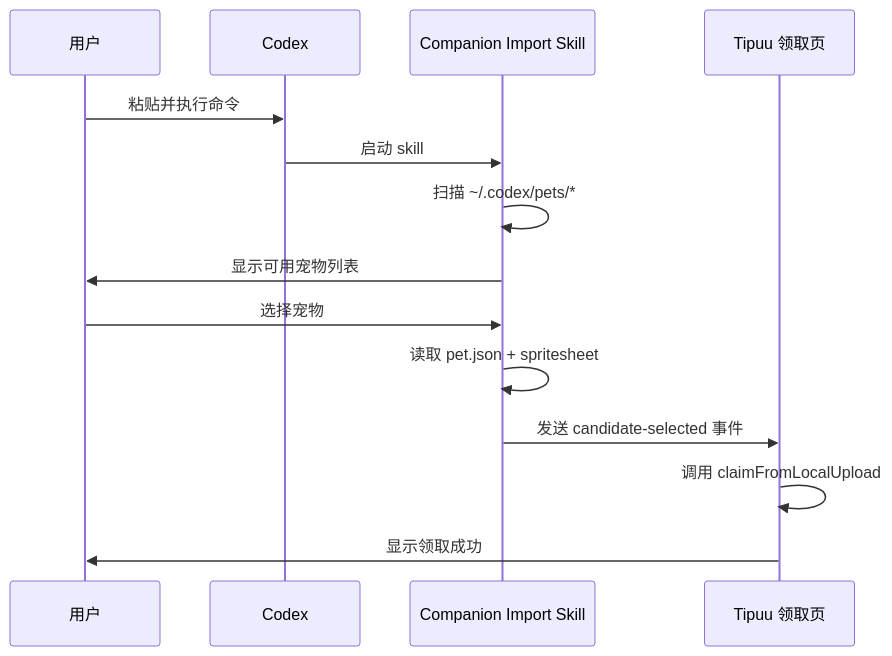
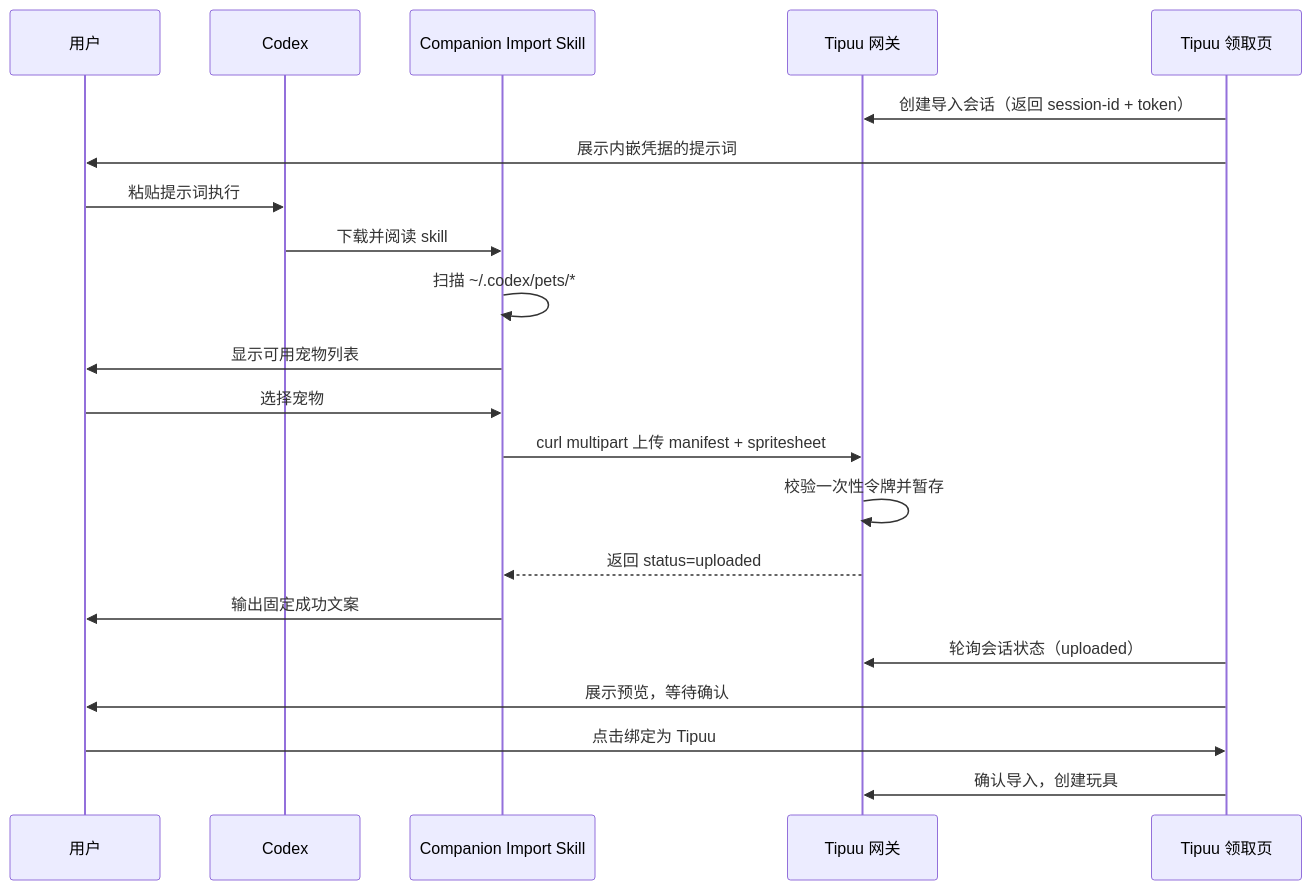
Before and after one commit to Tipuu-AI/tipuu-hub: the diagram in skills/companion-import/examples/basic-usage.md, drawn with Mermaid. The commit also changed other lines of this file and 3 other files, not shown here.

First line of the commit message:
feat(companion-import): upload-based staging flow, remove fake CLI command

````diff
--- a/skills/companion-import/examples/basic-usage.md
+++ b/skills/companion-import/examples/basic-usage.md
@@ -46,17 +51,24 @@
 ```mermaid
 sequenceDiagram
     participant U as 用户
     participant C as Codex
     participant S as Companion Import Skill
+    participant G as Tipuu 网关
     participant P as Tipuu 领取页
 
-    U->>C: 粘贴并执行命令
-    C->>S: 启动 skill
+    P->>G: 创建导入会话（返回 session-id + token）
+    P->>U: 展示内嵌凭据的提示词
+    U->>C: 粘贴提示词执行
+    C->>S: 下载并阅读 skill
     S->>S: 扫描 ~/.codex/pets/*
     S->>U: 显示可用宠物列表
     U->>S: 选择宠物
-    S->>S: 读取 pet.json + spritesheet
-    S->>P: 发送 candidate-selected 事件
-    P->>P: 调用 claimFromLocalUpload
-    P->>U: 显示领取成功
+    S->>G: curl multipart 上传 manifest + spritesheet
+    G->>G: 校验一次性令牌并暂存
+    G-->>S: 返回 status=uploaded
+    S->>U: 输出固定成功文案
+    P->>G: 轮询会话状态（uploaded）
+    P->>U: 展示预览，等待确认
+    U->>P: 点击绑定为 Tipuu
+    P->>G: 确认导入，创建玩具
 ```
````
